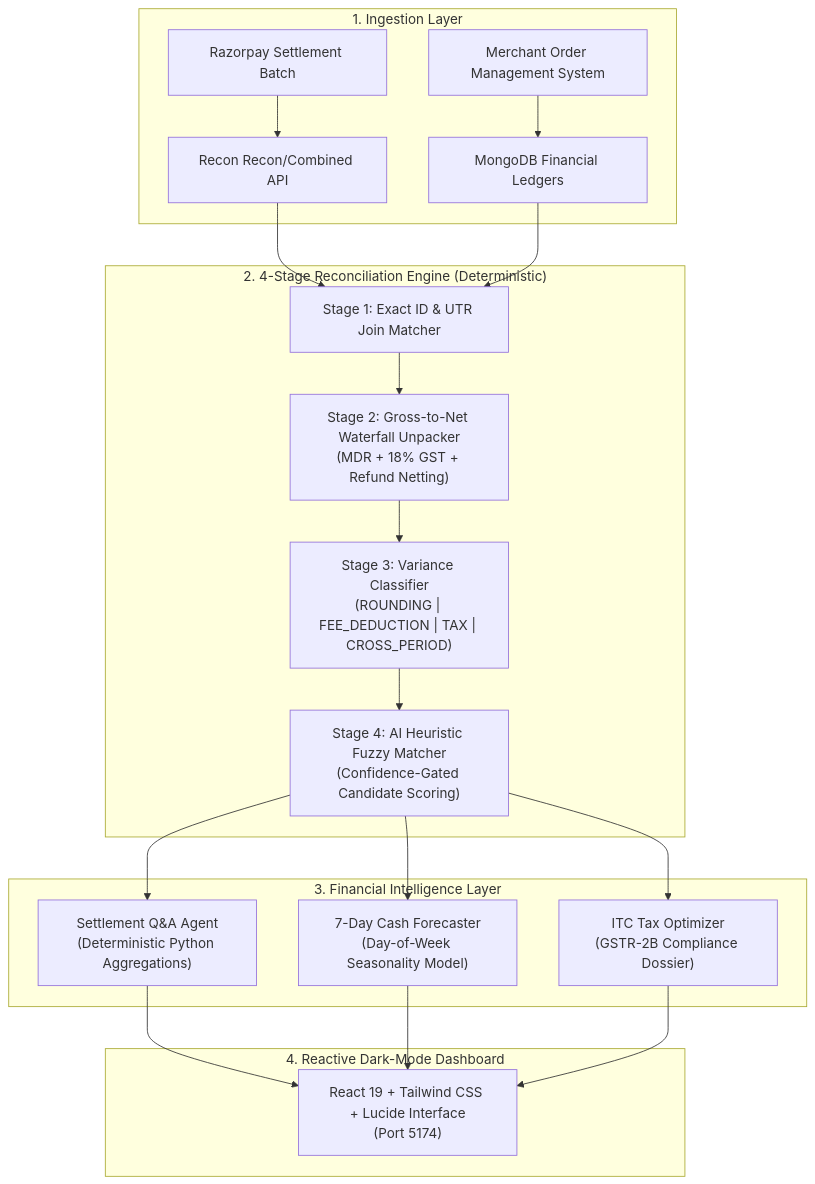
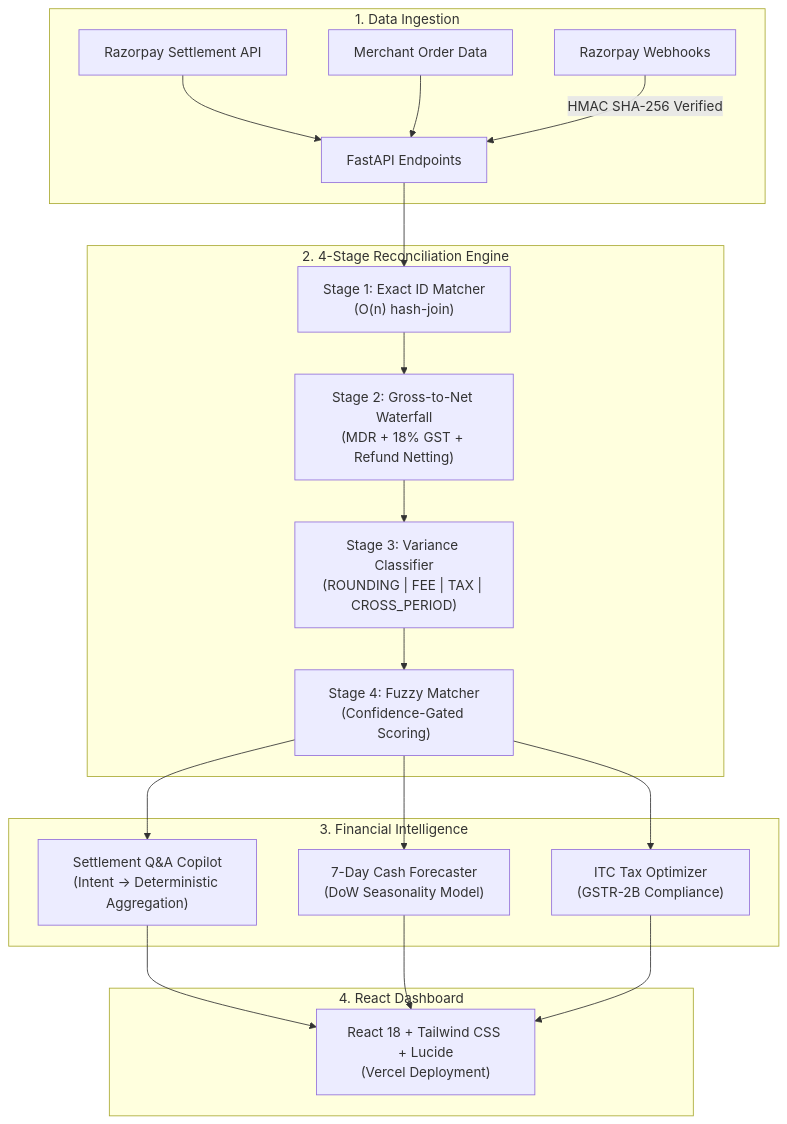
One commit to Samyak-777/recon-ai changed the diagram in README.md. Above: the diagram before and after it, drawn with Mermaid. The commit also changed other lines of this file and 5 other files, not shown here.

````diff
--- a/README.md
+++ b/README.md
@@ -23,24 +93,25 @@
 ```mermaid
 graph TD
-    subgraph Ingestion["1. Ingestion Layer"]
-        A[Razorpay Settlement Batch] --> B[Recon Recon/Combined API]
-        C[Merchant Order Management System] --> D[MongoDB Financial Ledgers]
+    subgraph Ingestion["1. Data Ingestion"]
+        A[Razorpay Settlement API] --> B[FastAPI Endpoints]
+        C[Merchant Order Data] --> B
+        W[Razorpay Webhooks] -->|HMAC SHA-256 Verified| B
     end
 
-    subgraph Pipeline["2. 4-Stage Reconciliation Engine (Deterministic)"]
-        B & D --> E["Stage 1: Exact ID & UTR Join Matcher"]
-        E --> F["Stage 2: Gross-to-Net Waterfall Unpacker<br/>(MDR + 18% GST + Refund Netting)"]
-        F --> G["Stage 3: Variance Classifier<br/>(ROUNDING | FEE_DEDUCTION | TAX | CROSS_PERIOD)"]
-        G --> H["Stage 4: AI Heuristic Fuzzy Matcher<br/>(Confidence-Gated Candidate Scoring)"]
+    subgraph Pipeline["2. 4-Stage Reconciliation Engine"]
+        B --> E["Stage 1: Exact ID Matcher<br/>(O(n) hash-join)"]
+        E --> F["Stage 2: Gross-to-Net Waterfall<br/>(MDR + 18% GST + Refund Netting)"]
+        F --> G["Stage 3: Variance Classifier<br/>(ROUNDING | FEE | TAX | CROSS_PERIOD)"]
+        G --> H["Stage 4: Fuzzy Matcher<br/>(Confidence-Gated Scoring)"]
     end
 
-    subgraph Intelligence["3. Financial Intelligence Layer"]
-        H --> I["Settlement Q&A Agent<br/>(Deterministic Python Aggregations)"]
-        H --> J["7-Day Cash Forecaster<br/>(Day-of-Week Seasonality Model)"]
-        H --> K["ITC Tax Optimizer<br/>(GSTR-2B Compliance Dossier)"]
+    subgraph Intelligence["3. Financial Intelligence"]
+        H --> I["Settlement Q&A Copilot<br/>(Intent → Deterministic Aggregation)"]
+        H --> J["7-Day Cash Forecaster<br/>(DoW Seasonality Model)"]
+        H --> K["ITC Tax Optimizer<br/>(GSTR-2B Compliance)"]
     end
 
-    subgraph Presentation["4. Reactive Dark-Mode Dashboard"]
-        I & J & K --> L["React 19 + Tailwind CSS + Lucide Interface<br/>(Port 5174)"]
+    subgraph UI["4. React Dashboard"]
+        I & J & K --> L["React 18 + Tailwind CSS + Lucide<br/>(Vercel Deployment)"]
     end
 ```
````
